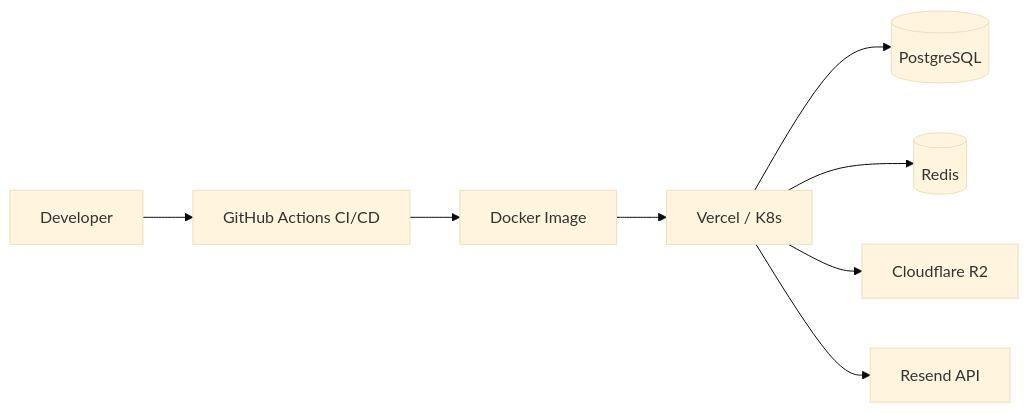
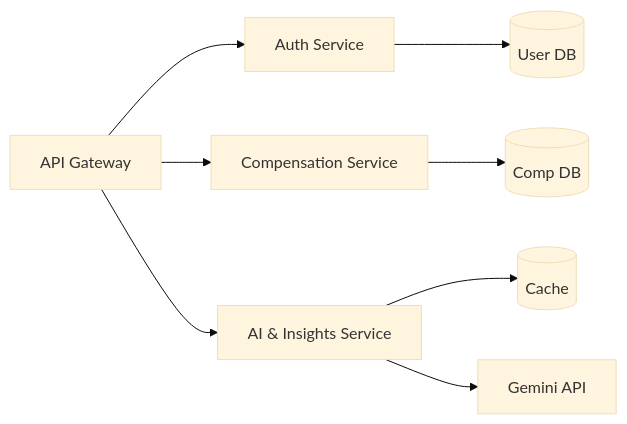
The seventh of 7 diagrams in README.md (genius-0963/-Compensation-Intelligence-System), drawn with Mermaid (base theme) before and after one commit. The commit also changed other lines of this file, not shown here.

````diff
--- a/README.md
+++ b/README.md
@@ -226,10 +246,11 @@
 ```mermaid
 graph LR
-    Dev[Developer] --> GH[GitHub Actions CI/CD]
-    GH --> Docker[Docker Image]
-    Docker --> Vercel[Vercel / K8s]
-    Vercel --> DB[(PostgreSQL)]
-    Vercel --> Cache[(Redis)]
-    Vercel --> S3[Cloudflare R2]
-    Vercel --> Resend[Resend API]
+    Gateway[API Gateway] --> Auth[Auth Service]
+    Gateway --> Comp[Compensation Service]
+    Gateway --> AI[AI & Insights Service]
+    
+    Auth --> UserDB[(User DB)]
+    Comp --> CompDB[(Comp DB)]
+    AI --> Redis[(Cache)]
+    AI --> Gemini[Gemini API]
 ```
````
